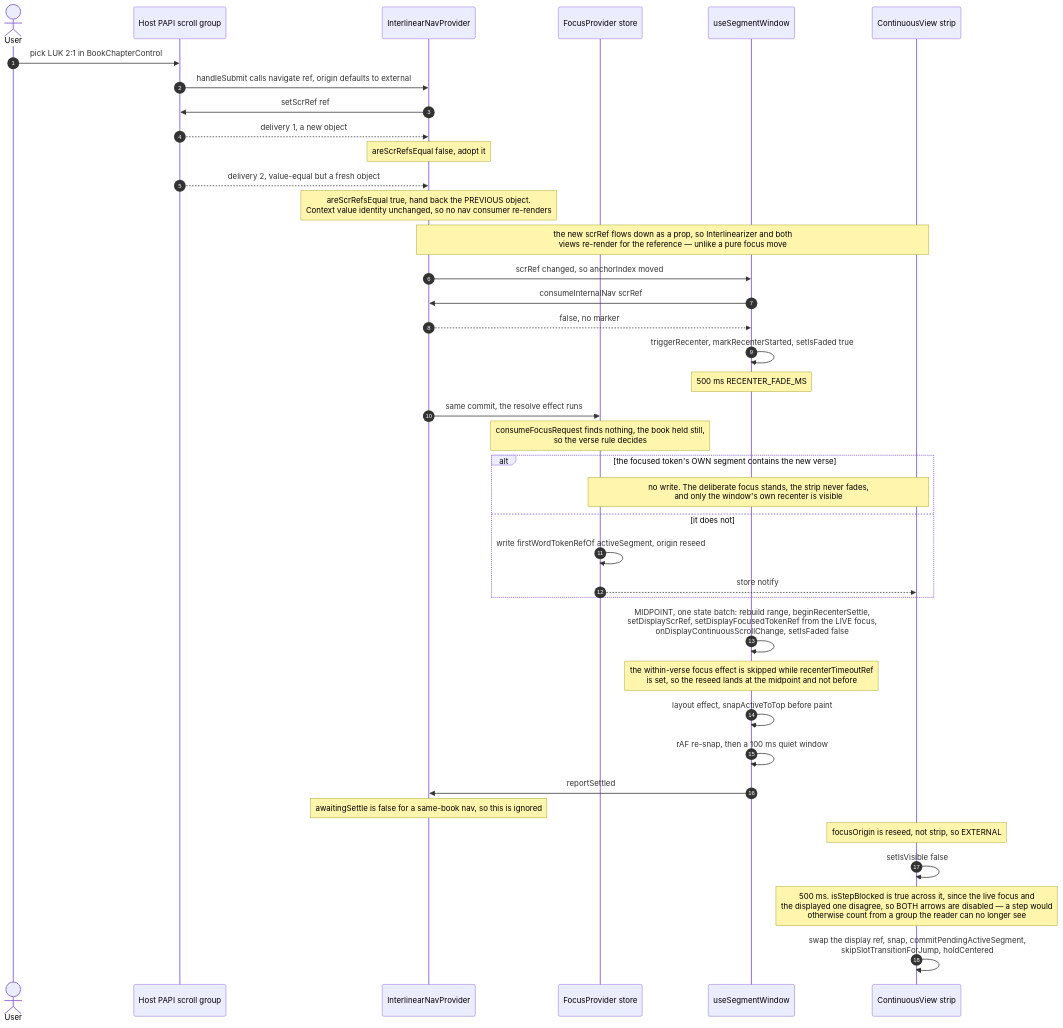
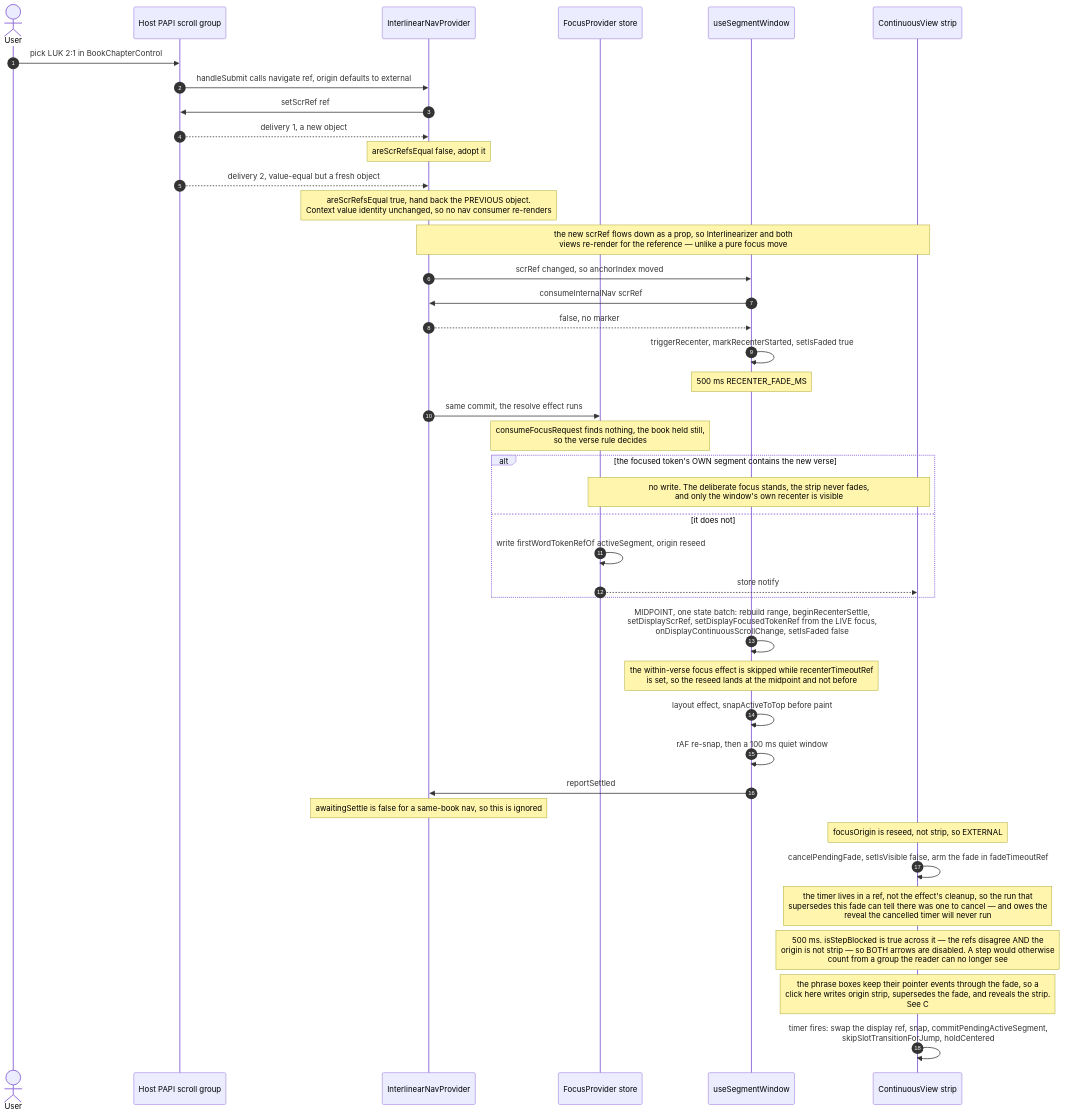
One commit to sillsdev/interlinearizer-extension changed the first of 6 diagrams in docs/navigation/04b-scenarios.md. Above: the diagram before and after it, drawn with Mermaid. The commit also changed other lines of this file, not shown here.

First line of the commit message:
Carry the scenario atlas forward to the strip's fade fixes

````diff
--- a/docs/navigation/04b-scenarios.md
+++ b/docs/navigation/04b-scenarios.md
@@ -42,47 +42,49 @@
 ```mermaid
 sequenceDiagram
     autonumber
     actor U as User
     participant H as Host PAPI scroll group
     participant N as InterlinearNavProvider
     participant F as FocusProvider store
     participant W as useSegmentWindow
     participant S as ContinuousView strip
 
     U->>H: pick LUK 2:1 in BookChapterControl
     H->>N: handleSubmit calls navigate ref, origin defaults to external
     N->>H: setScrRef ref
     H-->>N: delivery 1, a new object
     Note over N: areScrRefsEqual false, adopt it
     H-->>N: delivery 2, value-equal but a fresh object
     Note over N: areScrRefsEqual true, hand back the PREVIOUS object.<br/>Context value identity unchanged, so no nav consumer re-renders
 
     Note over N,S: the new scrRef flows down as a prop, so Interlinearizer and both<br/>views re-render for the reference — unlike a pure focus move
     N->>W: scrRef changed, so anchorIndex moved
     W->>N: consumeInternalNav scrRef
     N-->>W: false, no marker
     W->>W: triggerRecenter, markRecenterStarted, setIsFaded true
     Note over W: 500 ms RECENTER_FADE_MS
 
     N->>F: same commit, the resolve effect runs
     Note over F: consumeFocusRequest finds nothing, the book held still,<br/>so the verse rule decides
 
     alt the focused token's OWN segment contains the new verse
         Note over F,S: no write. The deliberate focus stands, the strip never fades,<br/>and only the window's own recenter is visible
     else it does not
         F->>F: write firstWordTokenRefOf activeSegment, origin reseed
         F-->>S: store notify
     end
 
     W->>W: MIDPOINT, one state batch: rebuild range, beginRecenterSettle,<br/>setDisplayScrRef, setDisplayFocusedTokenRef from the LIVE focus,<br/>onDisplayContinuousScrollChange, setIsFaded false
     Note over W: the within-verse focus effect is skipped while recenterTimeoutRef<br/>is set, so the reseed lands at the midpoint and not before
     W->>W: layout effect, snapActiveToTop before paint
     W->>W: rAF re-snap, then a 100 ms quiet window
     W->>N: reportSettled
     Note over N: awaitingSettle is false for a same-book nav, so this is ignored
 
     Note over S: focusOrigin is reseed, not strip, so EXTERNAL
-    S->>S: setIsVisible false
-    Note over S: 500 ms. isStepBlocked is true across it, since the live focus and<br/>the displayed one disagree, so BOTH arrows are disabled — a step would<br/>otherwise count from a group the reader can no longer see
-    S->>S: swap the display ref, snap, commitPendingActiveSegment,<br/>skipSlotTransitionForJump, holdCentered
+    S->>S: cancelPendingFade, setIsVisible false, arm the fade in fadeTimeoutRef
+    Note over S: the timer lives in a ref, not the effect's cleanup, so the run that<br/>supersedes this fade can tell there was one to cancel — and owes the<br/>reveal the cancelled timer will never run
+    Note over S: 500 ms. isStepBlocked is true across it — the refs disagree AND the<br/>origin is not strip — so BOTH arrows are disabled. A step would otherwise<br/>count from a group the reader can no longer see
+    Note over S: the phrase boxes keep their pointer events through the fade, so a<br/>click here writes origin strip, supersedes the fade, and reveals the strip.<br/>See C
+    S->>S: timer fires: swap the display ref, snap, commitPendingActiveSegment,<br/>skipSlotTransitionForJump, holdCentered
 ```
````
